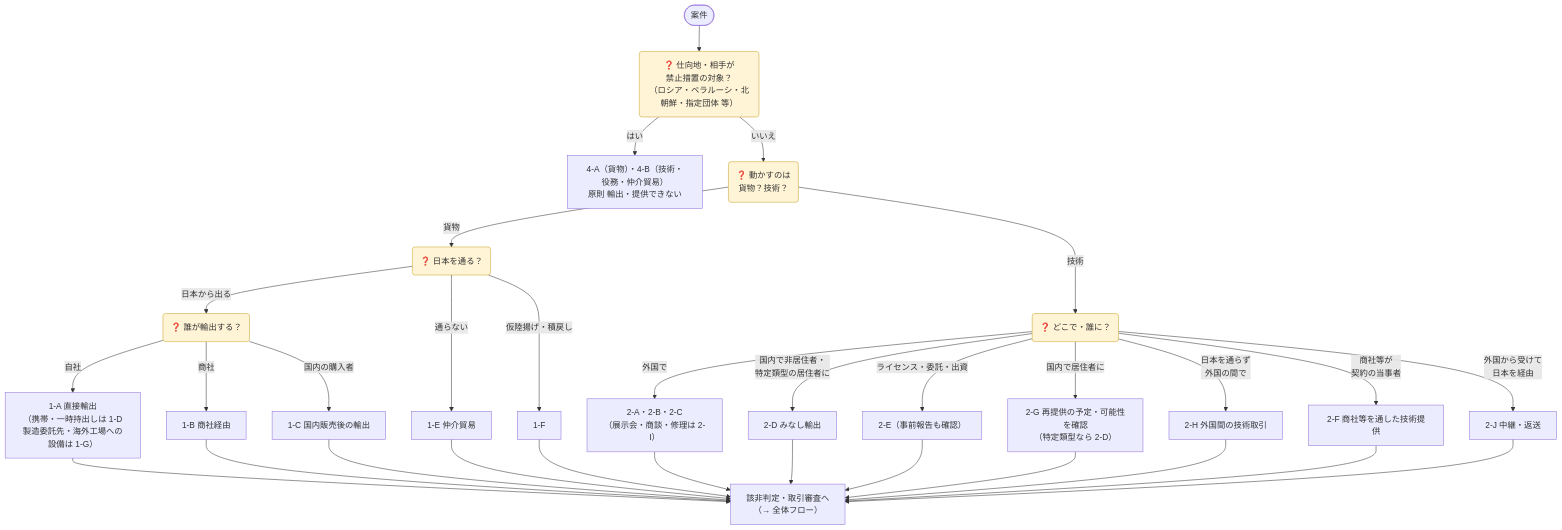
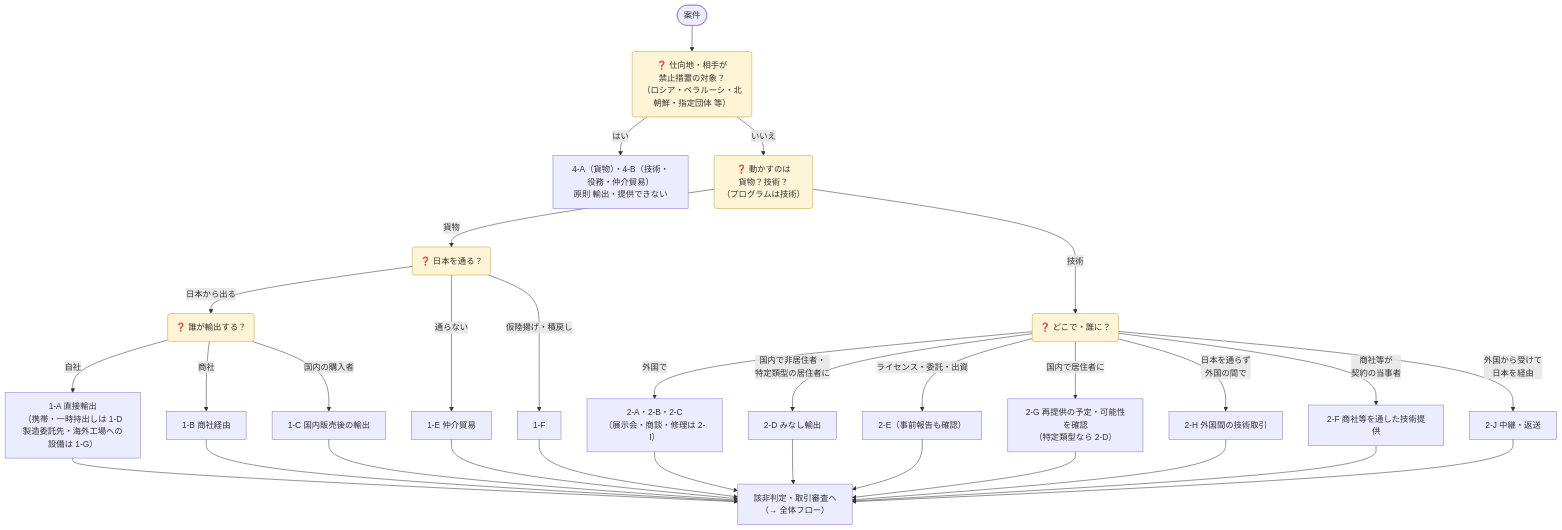
The second of 3 diagrams in content/ja/docs/01-overview/export-patterns/index.md (bamboo-go/export-control-hub), drawn with Mermaid before and after one commit. The commit also changed other lines of this file, not shown here.

Commit message:
Check U.S.-located items, EAR exclusions and software handling in the decision flows

````diff
--- a/content/ja/docs/01-overview/export-patterns/index.md
+++ b/content/ja/docs/01-overview/export-patterns/index.md
@@ -101,24 +101,24 @@
 ```mermaid
 flowchart TD
   S(["案件"]) --> P("❓ 仕向地・相手が<br/>禁止措置の対象？<br/>（ロシア・ベラルーシ・北朝鮮・指定団体 等）")
   P -- はい --> X["4-A（貨物）・4-B（技術・役務・仲介貿易）<br/>原則 輸出・提供できない"]
-  P -- いいえ --> O("❓ 動かすのは<br/>貨物？技術？")
+  P -- いいえ --> O("❓ 動かすのは<br/>貨物？技術？<br/>（プログラムは技術）")
   O -- 貨物 --> W("❓ 日本を通る？")
   W -- 通らない --> E1["1-E 仲介貿易"]
   W -- 仮陸揚げ・積戻し --> F1["1-F"]
   W -- 日本から出る --> H("❓ 誰が輸出する？")
   H -- 自社 --> A1["1-A 直接輸出<br/>（携帯・一時持出しは 1-D<br/>製造委託先・海外工場への設備は 1-G）"]
   H -- 商社 --> B1["1-B 商社経由"]
   H -- 国内の購入者 --> C1["1-C 国内販売後の輸出"]
   O -- 技術 --> T("❓ どこで・誰に？")
   T -- 外国で --> T1["2-A・2-B・2-C<br/>（展示会・商談・修理は 2-I）"]
   T -- 国内で非居住者・<br/>特定類型の居住者に --> T2["2-D みなし輸出"]
   T -- ライセンス・委託・出資 --> T3["2-E（事前報告も確認）"]
   T -- 国内で居住者に --> T4["2-G 再提供の予定・可能性を確認<br/>（特定類型なら 2-D）"]
   T -- 商社等が<br/>契約の当事者 --> T6["2-F 商社等を通した技術提供"]
   T -- 日本を通らず<br/>外国の間で --> T5["2-H 外国間の技術取引"]
   T -- 外国から受けて<br/>日本を経由 --> T7["2-J 中継・返送"]
   A1 & B1 & C1 & E1 & F1 & T1 & T2 & T3 & T4 & T5 & T6 & T7 --> Z["該非判定・取引審査へ<br/>（→ 全体フロー）"]
   classDef q fill:#fff4d6,stroke:#c9a227,color:#333;
   class P,O,W,H,T q;
 ```
````
